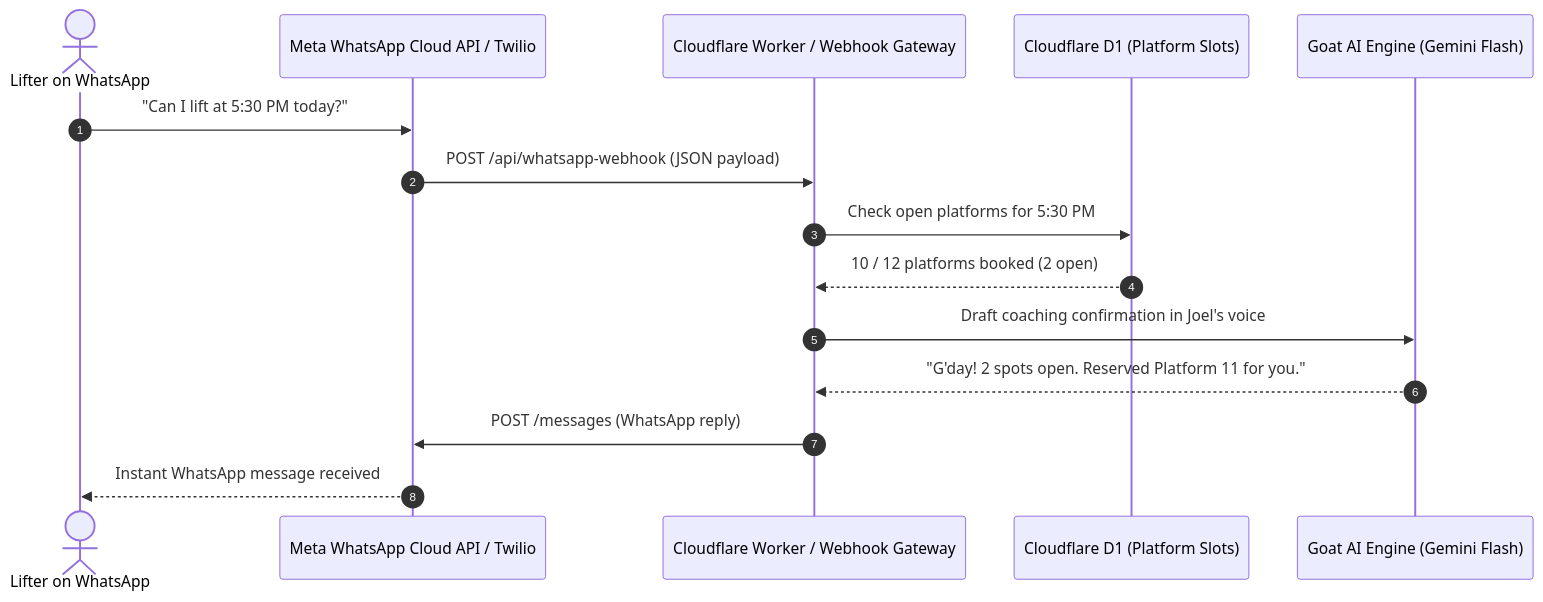
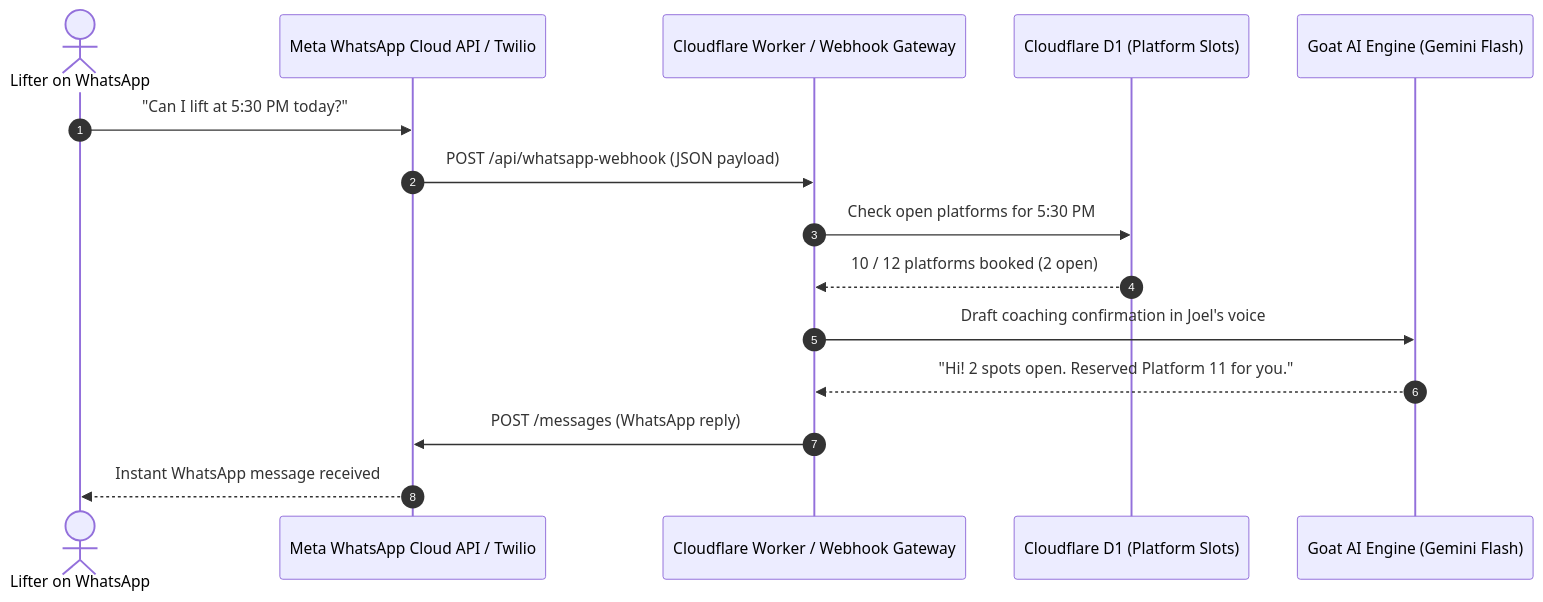
One commit to Bulachak/small-goods-gym changed the diagram in docs/11-whatsapp-bot-architecture-and-deployment-guide.md. Above: the diagram before and after it, drawn with Mermaid. The commit also changed other lines of this file and 17 other files, not shown here.

````diff
--- a/docs/11-whatsapp-bot-architecture-and-deployment-guide.md
+++ b/docs/11-whatsapp-bot-architecture-and-deployment-guide.md
@@ -20,18 +20,18 @@
 ```mermaid
 sequenceDiagram
     autonumber
     actor Lifter as Lifter on WhatsApp
     participant Meta as Meta WhatsApp Cloud API / Twilio
     participant Worker as Cloudflare Worker / Webhook Gateway
     participant D1 as Cloudflare D1 (Platform Slots)
     participant Gemini as Goat AI Engine (Gemini Flash)
 
     Lifter->>Meta: "Can I lift at 5:30 PM today?"
     Meta->>Worker: POST /api/whatsapp-webhook (JSON payload)
     Worker->>D1: Check open platforms for 5:30 PM
     D1-->>Worker: 10 / 12 platforms booked (2 open)
     Worker->>Gemini: Draft coaching confirmation in Joel's voice
-    Gemini-->>Worker: "G'day! 2 spots open. Reserved Platform 11 for you."
+    Gemini-->>Worker: "Hi! 2 spots open. Reserved Platform 11 for you."
     Worker->>Meta: POST /messages (WhatsApp reply)
     Meta-->>Lifter: Instant WhatsApp message received
 ```
````
